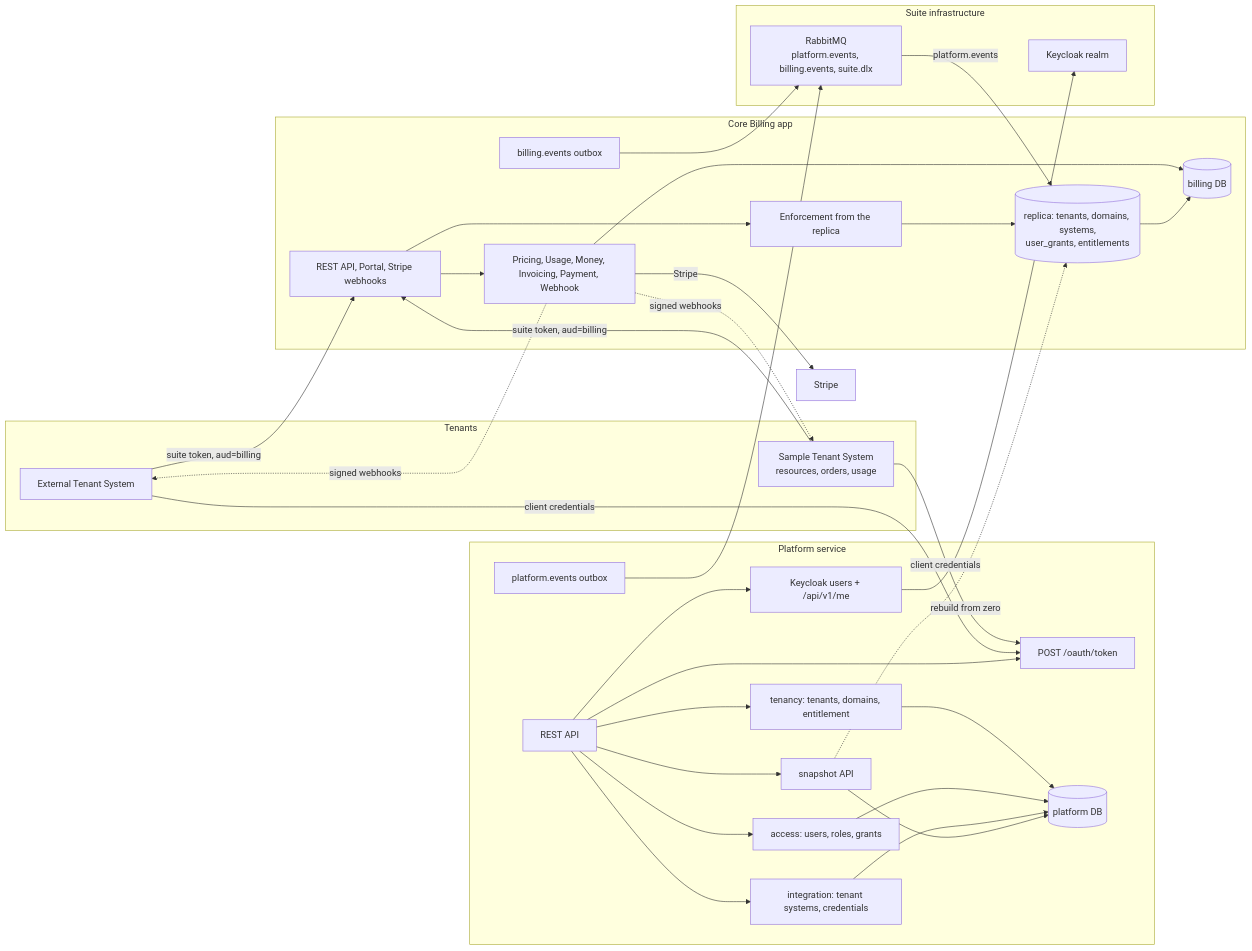
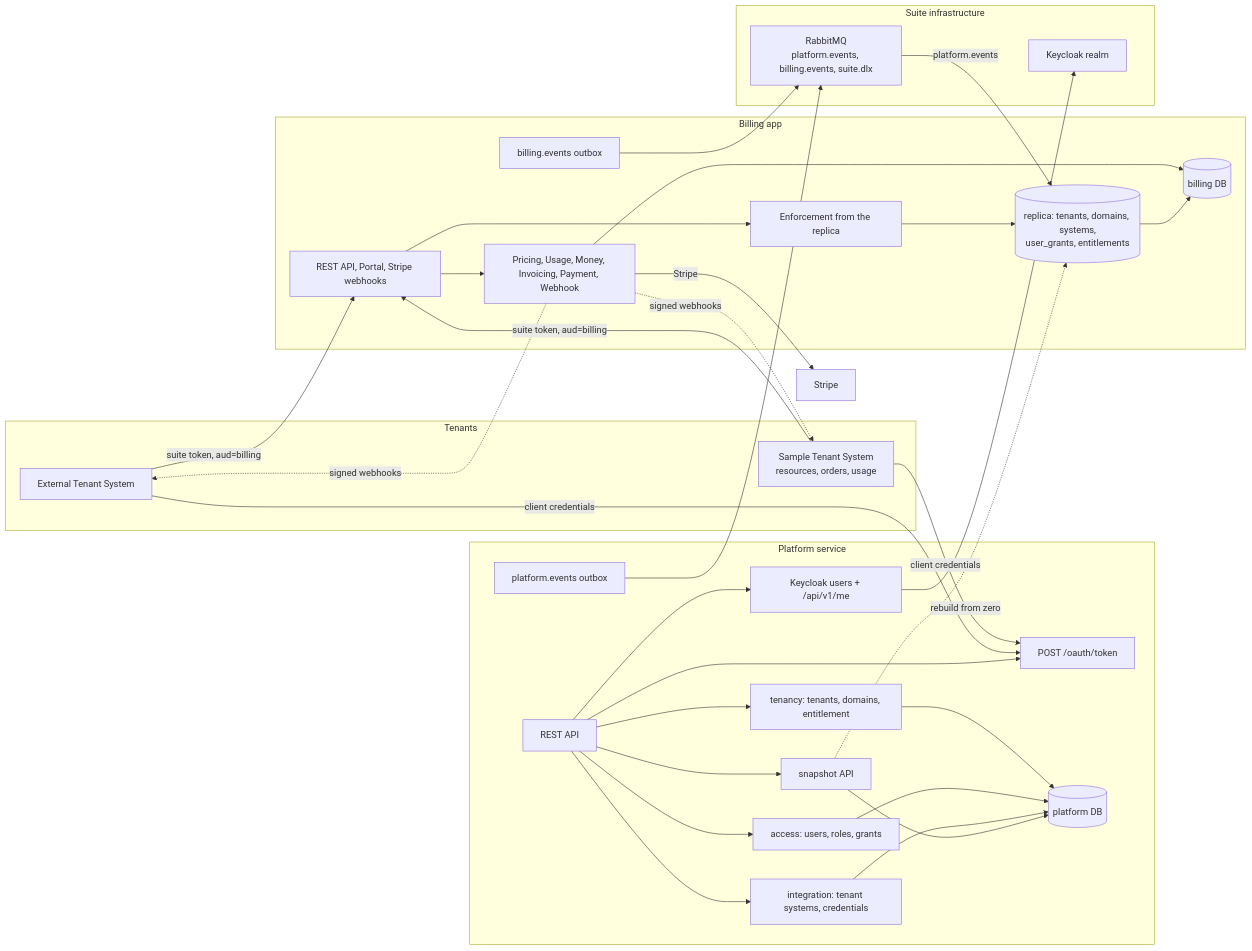
One commit to ninggiangboy/tenancykit changed the diagram in docs/architecture.md. Above: the diagram before and after it, drawn with Mermaid. The commit also changed other lines of this file and 35 other files, not shown here.

````diff
--- a/docs/architecture.md
+++ b/docs/architecture.md
@@ -5,64 +5,64 @@
 ```mermaid
 flowchart LR
     subgraph TENANTS["Tenants"]
         EXTAPP["External Tenant System"]
         RM["Sample Tenant System<br/>resources, orders, usage"]
     end
 
     subgraph PLATFORM["Platform service"]
         PAPI["REST API"]
         PALOGIN["Keycloak users + /api/v1/me"]
         PTOK["POST /oauth/token"]
         PTEN["tenancy: tenants, domains, entitlement"]
         PACC["access: users, roles, grants"]
         PINT["integration: tenant systems, credentials"]
         PSNAP["snapshot API"]
         PEVT["platform.events outbox"]
         PDB[("platform DB")]
     end
 
-    subgraph BILLING["Core Billing app"]
+    subgraph BILLING["Billing app"]
         BAPI["REST API, Portal, Stripe webhooks"]
         BPERM["Enforcement from the replica"]
         BCTX["Pricing, Usage, Money, Invoicing, Payment, Webhook"]
         BREP[("replica: tenants, domains, systems,<br/>user_grants, entitlements")]
         BEVT["billing.events outbox"]
         BDB[("billing DB")]
     end
 
     subgraph INFRA["Suite infrastructure"]
         KC["Keycloak realm"]
         MQ["RabbitMQ<br/>platform.events, billing.events, suite.dlx"]
     end
 
     EXTAPP -->|"suite token, aud=billing"| BAPI
     RM -->|"suite token, aud=billing"| BAPI
     RM -->|"client credentials"| PTOK
     EXTAPP -->|"client credentials"| PTOK
 
     PAPI --> PALOGIN
     PAPI --> PTOK
     PAPI --> PTEN
     PAPI --> PACC
     PAPI --> PINT
     PAPI --> PSNAP
     PALOGIN --> KC
     PTEN --> PDB
     PACC --> PDB
     PINT --> PDB
     PSNAP --> PDB
     PEVT --> MQ
 
     MQ -->|"platform.events"| BREP
     PSNAP -. "rebuild from zero" .-> BREP
     BAPI --> BPERM
     BAPI --> BCTX
     BPERM --> BREP
     BCTX --> BDB
     BREP --> BDB
     BEVT --> MQ
 
     BCTX -. "signed webhooks" .-> RM
     BCTX -. "signed webhooks" .-> EXTAPP
     BCTX -->|"Stripe"| STRIPE["Stripe"]
 ```
````
